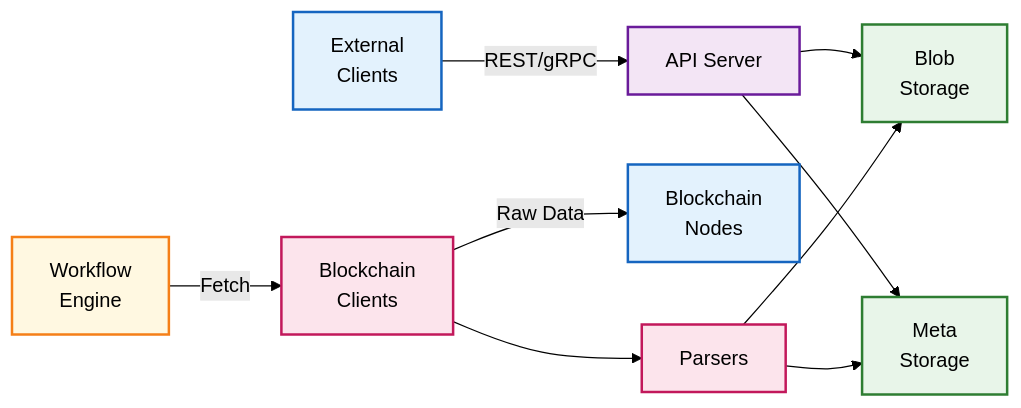
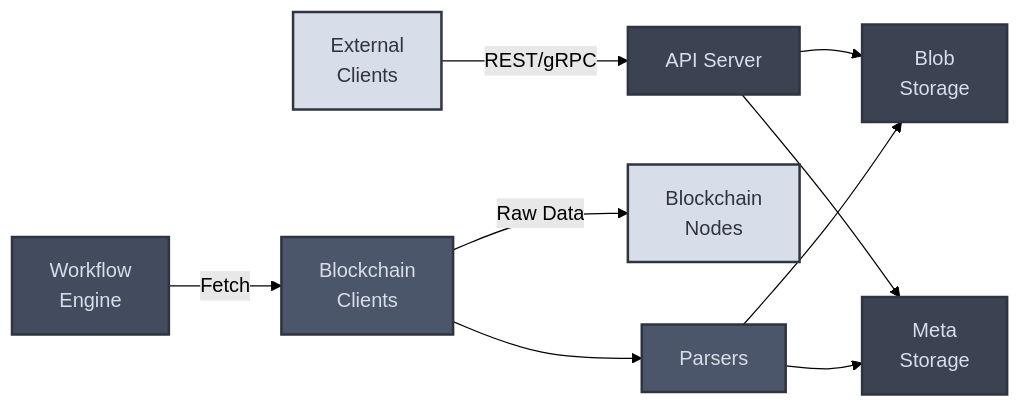
One commit to cipherowl-ai/chainstorage changed the first of 5 diagrams in COMPONENT_DIAGRAM.md. Above: the diagram before and after it, drawn with Mermaid (forest theme). The commit also changed other lines of this file, not shown here.

First line of the commit message:
docs: apply Nord color palette to component diagrams

````diff
--- a/COMPONENT_DIAGRAM.md
+++ b/COMPONENT_DIAGRAM.md
@@ -9,37 +9,37 @@
 ```mermaid
 graph LR
     %% External
     BC[Blockchain<br/>Nodes] 
     ExtClients[External<br/>Clients]
     
     %% Core Components
     API[API Server]
     WF[Workflow<br/>Engine]
     BCC[Blockchain<br/>Clients]
     P[Parsers]
     
     %% Storage
     BS[Blob<br/>Storage]
     MS[Meta<br/>Storage]
     
     %% Flow
     ExtClients -->|REST/gRPC| API
     API --> BS
     API --> MS
     
     WF -->|Fetch| BCC
     BCC -->|Raw Data| BC
     BCC --> P
     P --> BS
     P --> MS
     
-    %% Styling
-    style BC fill:#e3f2fd,stroke:#1565c0,stroke-width:2px
-    style ExtClients fill:#e3f2fd,stroke:#1565c0,stroke-width:2px
-    style API fill:#f3e5f5,stroke:#6a1b9a,stroke-width:2px
-    style WF fill:#fff8e1,stroke:#f57f17,stroke-width:2px
-    style BCC fill:#fce4ec,stroke:#c2185b,stroke-width:2px
-    style P fill:#fce4ec,stroke:#c2185b,stroke-width:2px
-    style BS fill:#e8f5e9,stroke:#2e7d32,stroke-width:2px
-    style MS fill:#e8f5e9,stroke:#2e7d32,stroke-width:2px
+    %% Styling with Nord palette
+    style BC fill:#d8dee9,stroke:#2e3440,stroke-width:2px,color:#2e3440
+    style ExtClients fill:#d8dee9,stroke:#2e3440,stroke-width:2px,color:#2e3440
+    style API fill:#3b4252,stroke:#2e3440,stroke-width:2px,color:#d8dee9
+    style WF fill:#434c5e,stroke:#2e3440,stroke-width:2px,color:#d8dee9
+    style BCC fill:#4c566a,stroke:#2e3440,stroke-width:2px,color:#d8dee9
+    style P fill:#4c566a,stroke:#2e3440,stroke-width:2px,color:#d8dee9
+    style BS fill:#3b4252,stroke:#2e3440,stroke-width:2px,color:#d8dee9
+    style MS fill:#3b4252,stroke:#2e3440,stroke-width:2px,color:#d8dee9
 ```
````
